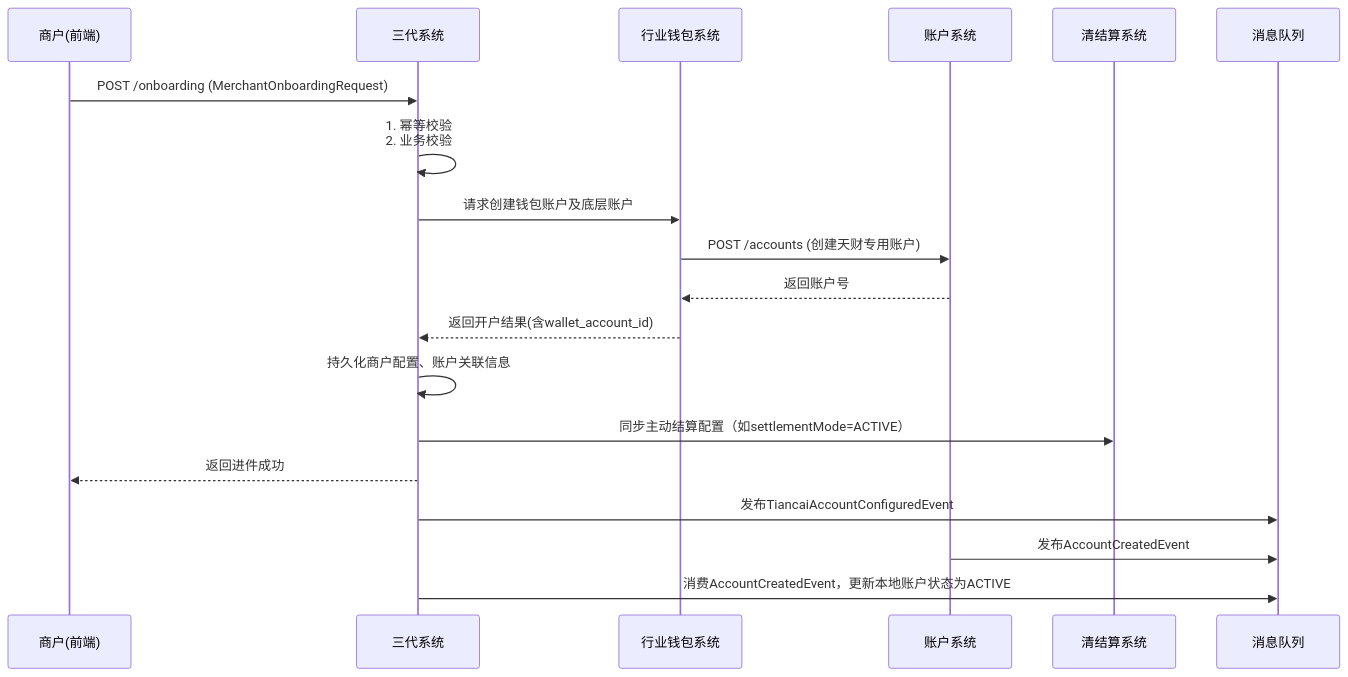
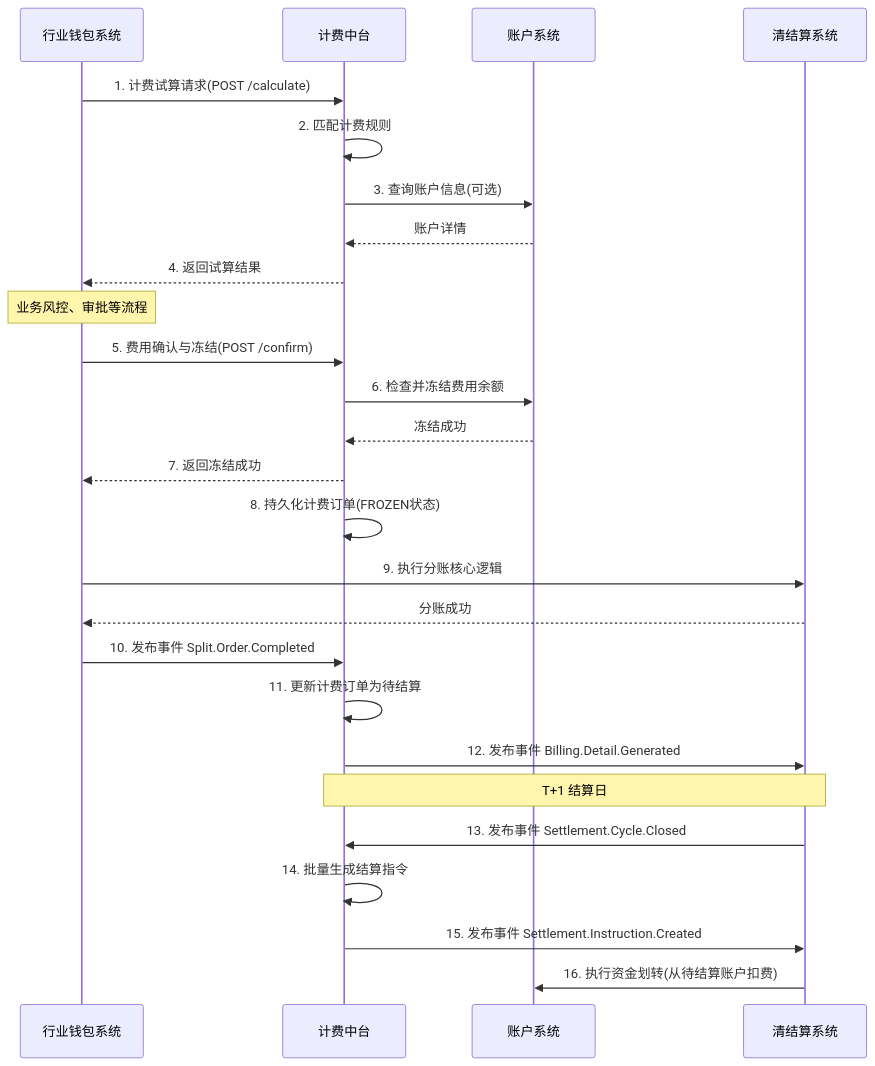
Before and after one commit to youzi211/AiCoding: the tenth of 28 diagrams in data/天财分账需求/gpt-5.2/output/final_design_document.md, drawn with Mermaid. The commit also changed other lines of this file and 93 other files, not shown here.

````diff
--- a/data/天财分账需求/gpt-5.2/output/final_design_document.md
+++ b/data/天财分账需求/gpt-5.2/output/final_design_document.md
@@ -1743,22 +1325,34 @@
 ```mermaid
 sequenceDiagram
-    participant M as 商户(前端)
-    participant C as 三代系统
-    participant W as 行业钱包系统
-    participant A as 账户系统
-    participant S as 清结算系统
-    participant MQ as 消息队列
+    participant Client as 行业钱包系统
+    participant Billing as 计费中台
+    participant Account as 账户系统
+    participant Settlement as 清结算系统
 
-    M->>C: POST /onboarding (MerchantOnboardingRequest)
-    C->>C: 1. 幂等校验<br>2. 业务校验
-    C->>W: 请求创建钱包账户及底层账户
-    W->>A: POST /accounts (创建天财专用账户)
-    A-->>W: 返回账户号
-    W-->>C: 返回开户结果(含wallet_account_id)
-    C->>C: 持久化商户配置、账户关联信息
-    C->>S: 同步主动结算配置（如settlementMode=ACTIVE）
-    C-->>M: 返回进件成功
-    C->>MQ: 发布TiancaiAccountConfiguredEvent
-    A->>MQ: 发布AccountCreatedEvent
-    C->>MQ: 消费AccountCreatedEvent，更新本地账户状态为ACTIVE
+    Client->>Billing: 1. 计费试算请求(POST /calculate)
+    Billing->>Billing: 2. 匹配计费规则
+    Billing->>Account: 3. 查询账户信息(可选)
+    Account-->>Billing: 账户详情
+    Billing-->>Client: 4. 返回试算结果
+
+    Note over Client: 业务风控、审批等流程
+
+    Client->>Billing: 5. 费用确认与冻结(POST /confirm)
+    Billing->>Account: 6. 检查并冻结费用余额
+    Account-->>Billing: 冻结成功
+    Billing-->>Client: 7. 返回冻结成功
+    Billing->>Billing: 8. 持久化计费订单(FROZEN状态)
+
+    Client->>Settlement: 9. 执行分账核心逻辑
+    Settlement-->>Client: 分账成功
+    Client->>Billing: 10. 发布事件 Split.Order.Completed
+
+    Billing->>Billing: 11. 更新计费订单为待结算
+    Billing->>Settlement: 12. 发布事件 Billing.Detail.Generated
+
+    Note over Settlement,Billing: T+1 结算日
+    Settlement->>Billing: 13. 发布事件 Settlement.Cycle.Closed
+    Billing->>Billing: 14. 批量生成结算指令
+    Billing->>Settlement: 15. 发布事件 Settlement.Instruction.Created
+    Settlement->>Account: 16. 执行资金划转(从待结算账户扣费)
 ```
````
